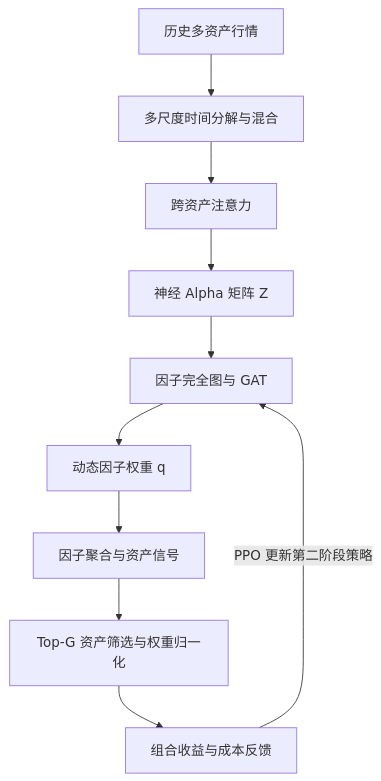
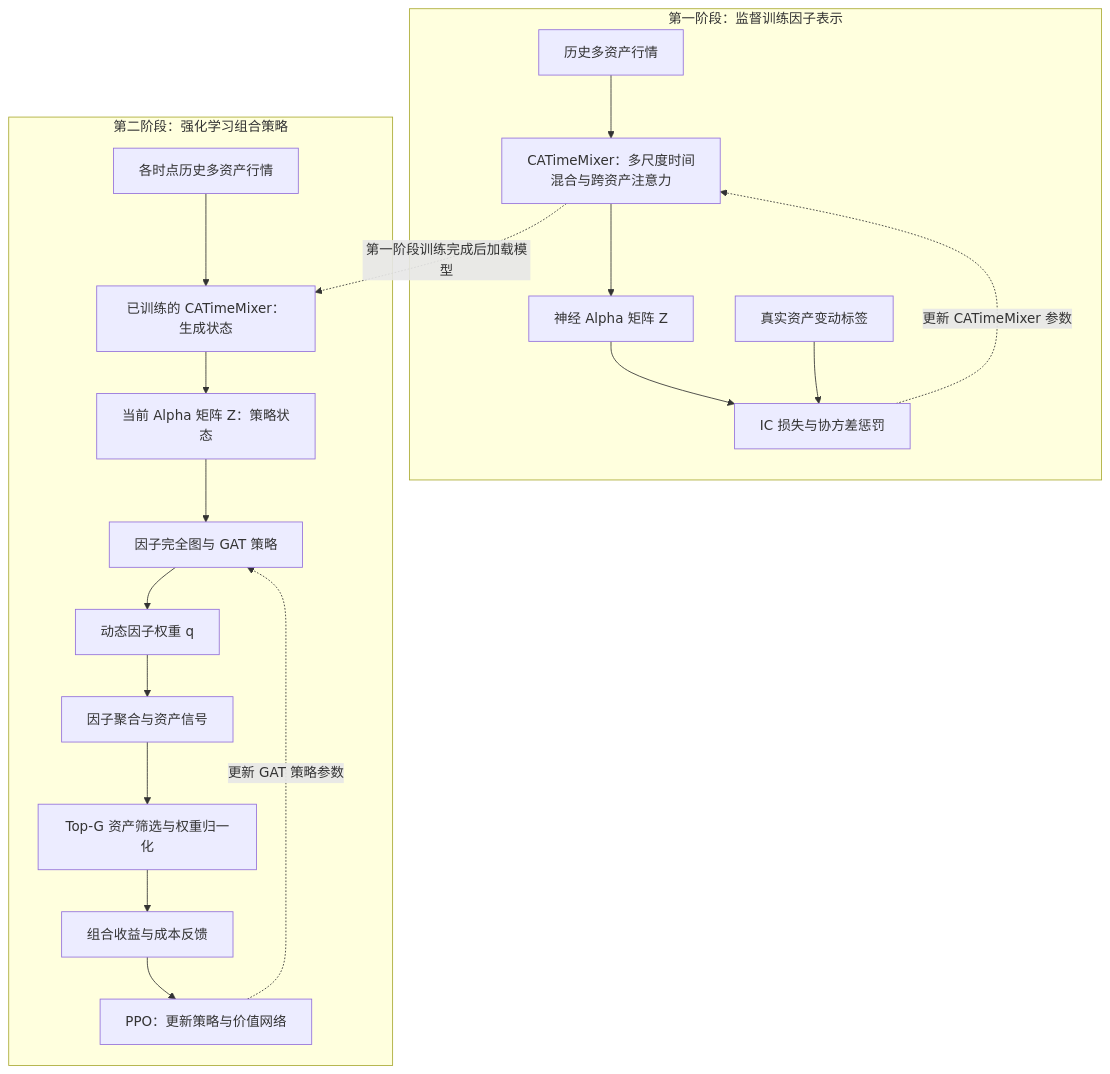
One commit to Malena-yy/AlphaRadar changed the diagram in notes/deep/2025_AlphaGAT.md. Above: the diagram before and after it, drawn with Mermaid. The commit also changed other lines of this file and 78 other files, not shown here.

Commit message:
docs: 删除简读卡可参考点并澄清 AlphaGAT 训练阶段

````diff
--- a/notes/deep/2025_AlphaGAT.md
+++ b/notes/deep/2025_AlphaGAT.md
@@ -37,12 +37,22 @@
 ```mermaid
 flowchart TD
-    A[历史多资产行情] --> B[多尺度时间分解与混合]
-    B --> C[跨资产注意力]
-    C --> D[神经 Alpha 矩阵 Z]
-    D --> E[因子完全图与 GAT]
-    E --> F[动态因子权重 q]
-    F --> G[因子聚合与资产信号]
-    G --> H[Top-G 资产筛选与权重归一化]
-    H --> I[组合收益与成本反馈]
-    I -->|PPO 更新第二阶段策略| E
+    subgraph S1[第一阶段：监督训练因子表示]
+        A[历史多资产行情] --> M[CATimeMixer：多尺度时间混合与跨资产注意力]
+        M --> Z1[神经 Alpha 矩阵 Z]
+        Z1 --> L[IC 损失与协方差惩罚]
+        Y[真实资产变动标签] --> L
+        L -.->|更新 CATimeMixer 参数| M
+    end
+    subgraph S2[第二阶段：强化学习组合策略]
+        A2[各时点历史多资产行情] --> M2[已训练的 CATimeMixer：生成状态]
+        M2 --> Z2[当前 Alpha 矩阵 Z：策略状态]
+        Z2 --> E[因子完全图与 GAT 策略]
+        E --> F[动态因子权重 q]
+        F --> G[因子聚合与资产信号]
+        G --> H[Top-G 资产筛选与权重归一化]
+        H --> I[组合收益与成本反馈]
+        I --> P[PPO：更新策略与价值网络]
+        P -.->|更新 GAT 策略参数| E
+    end
+    M -.->|第一阶段训练完成后加载模型| M2
 ```
````
